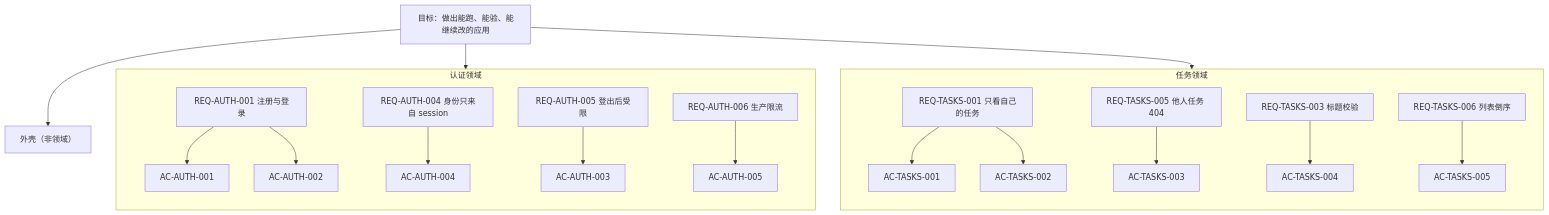
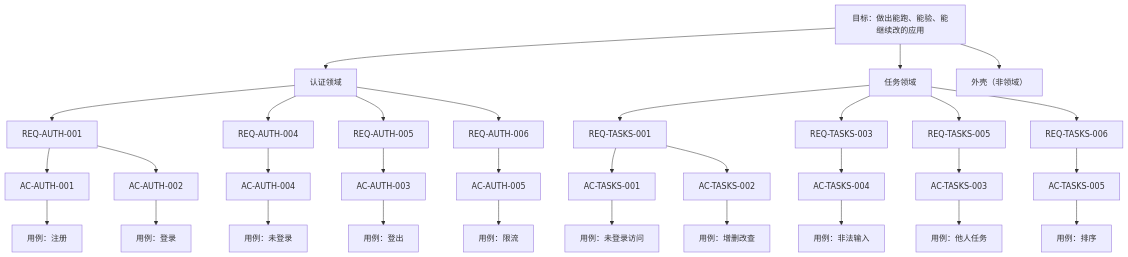
One commit to morewhyhan/Ignite changed the diagram in docs/GOAL.md. Above: the diagram before and after it, drawn with Mermaid. The commit also changed 1 other file, not shown here.

Commit message:
docs: make the pyramid graph strictly top-down

````diff
--- a/docs/GOAL.md
+++ b/docs/GOAL.md
@@ -60,23 +60,35 @@
 ```mermaid
 flowchart TD
   G["目标：做出能跑、能验、能继续改的应用"]
-  G --> A
-  G --> B
-  G --> S["外壳（非领域）"]
-  subgraph A["认证领域"]
-    direction TB
-    R1["REQ-AUTH-001 注册与登录"] --> A1["AC-AUTH-001"]
-    R1 --> A2["AC-AUTH-002"]
-    R4["REQ-AUTH-004 身份只来自 session"] --> A4["AC-AUTH-004"]
-    R5["REQ-AUTH-005 登出后受限"] --> A3["AC-AUTH-003"]
-    R6["REQ-AUTH-006 生产限流"] --> A5["AC-AUTH-005"]
-  end
-  subgraph B["任务领域"]
-    direction TB
-    T1["REQ-TASKS-001 只看自己的任务"] --> AT1["AC-TASKS-001"]
-    T1 --> AT2["AC-TASKS-002"]
-    T5["REQ-TASKS-005 他人任务 404"] --> AT3["AC-TASKS-003"]
-    T3["REQ-TASKS-003 标题校验"] --> AT4["AC-TASKS-004"]
-    T6["REQ-TASKS-006 列表倒序"] --> AT5["AC-TASKS-005"]
-  end
+  G --> D1["认证领域"]
+  G --> D2["任务领域"]
+  G --> D3["外壳（非领域）"]
+  D1 --> R1["REQ-AUTH-001"]
+  D1 --> R4["REQ-AUTH-004"]
+  D1 --> R5["REQ-AUTH-005"]
+  D1 --> R6["REQ-AUTH-006"]
+  D2 --> T1["REQ-TASKS-001"]
+  D2 --> T3["REQ-TASKS-003"]
+  D2 --> T5["REQ-TASKS-005"]
+  D2 --> T6["REQ-TASKS-006"]
+  R1 --> A1["AC-AUTH-001"]
+  R1 --> A2["AC-AUTH-002"]
+  R4 --> A4["AC-AUTH-004"]
+  R5 --> A3["AC-AUTH-003"]
+  R6 --> A5["AC-AUTH-005"]
+  T1 --> AT1["AC-TASKS-001"]
+  T1 --> AT2["AC-TASKS-002"]
+  T3 --> AT4["AC-TASKS-004"]
+  T5 --> AT3["AC-TASKS-003"]
+  T6 --> AT5["AC-TASKS-005"]
+  A1 --> U1["用例：注册"]
+  A2 --> U2["用例：登录"]
+  A3 --> U3["用例：登出"]
+  A4 --> U4["用例：未登录"]
+  A5 --> U5["用例：限流"]
+  AT1 --> V1["用例：未登录访问"]
+  AT2 --> V2["用例：增删改查"]
+  AT3 --> V3["用例：他人任务"]
+  AT4 --> V4["用例：非法输入"]
+  AT5 --> V5["用例：排序"]
 ```
````
